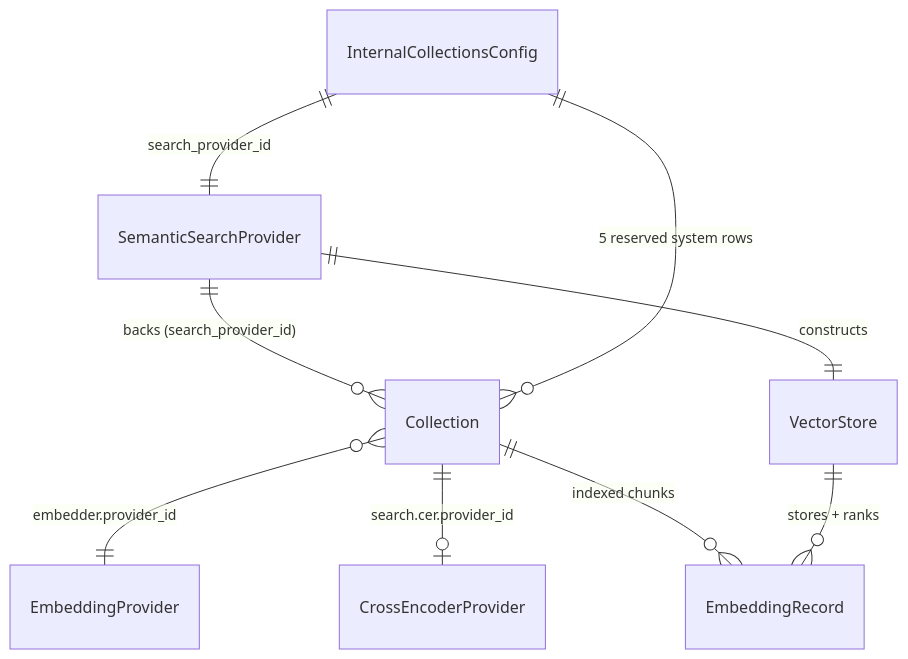
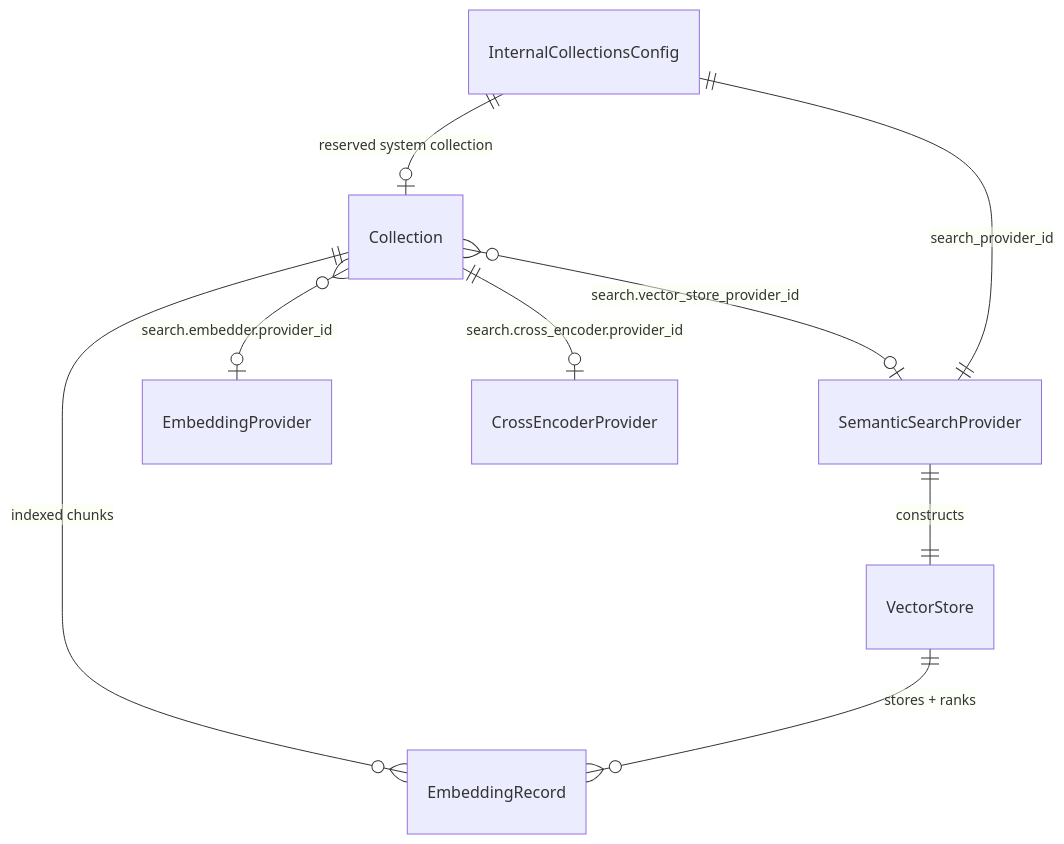
Before and after one commit to primerhq/primer: the first of 2 diagrams in docs/dev/subsystems/semantic-search.md, drawn with Mermaid. The commit also changed other lines of this file and 11 other files, not shown here.

Commit message:
docs(wiki): add collection search and ingestion runbooks

````diff
--- a/docs/dev/subsystems/semantic-search.md
+++ b/docs/dev/subsystems/semantic-search.md
@@ -40,11 +42,11 @@
 ```mermaid
 erDiagram
-    SemanticSearchProvider ||--o{ Collection : "backs (search_provider_id)"
+    Collection }o--o| SemanticSearchProvider : "search.vector_store_provider_id"
     SemanticSearchProvider ||--|| VectorStore : "constructs"
-    Collection }o--|| EmbeddingProvider : "embedder.provider_id"
-    Collection ||--o| CrossEncoderProvider : "search.cer.provider_id"
+    Collection }o--o| EmbeddingProvider : "search.embedder.provider_id"
+    Collection ||--o| CrossEncoderProvider : "search.cross_encoder.provider_id"
     Collection ||--o{ EmbeddingRecord : "indexed chunks"
     InternalCollectionsConfig ||--|| SemanticSearchProvider : "search_provider_id"
-    InternalCollectionsConfig ||--o{ Collection : "5 reserved system rows"
+    InternalCollectionsConfig ||--o| Collection : "reserved system collection"
     VectorStore ||--o{ EmbeddingRecord : "stores + ranks"
 ```
````
